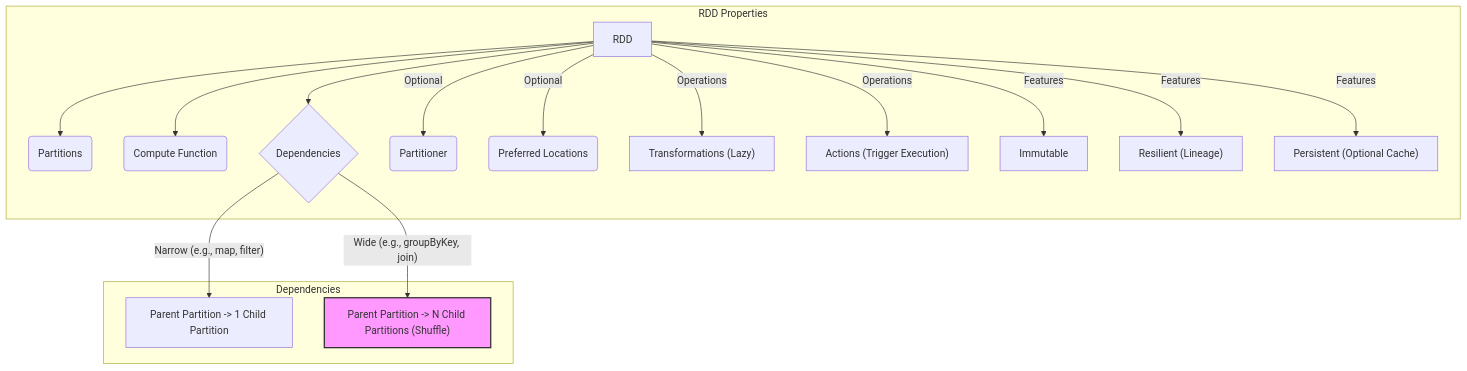
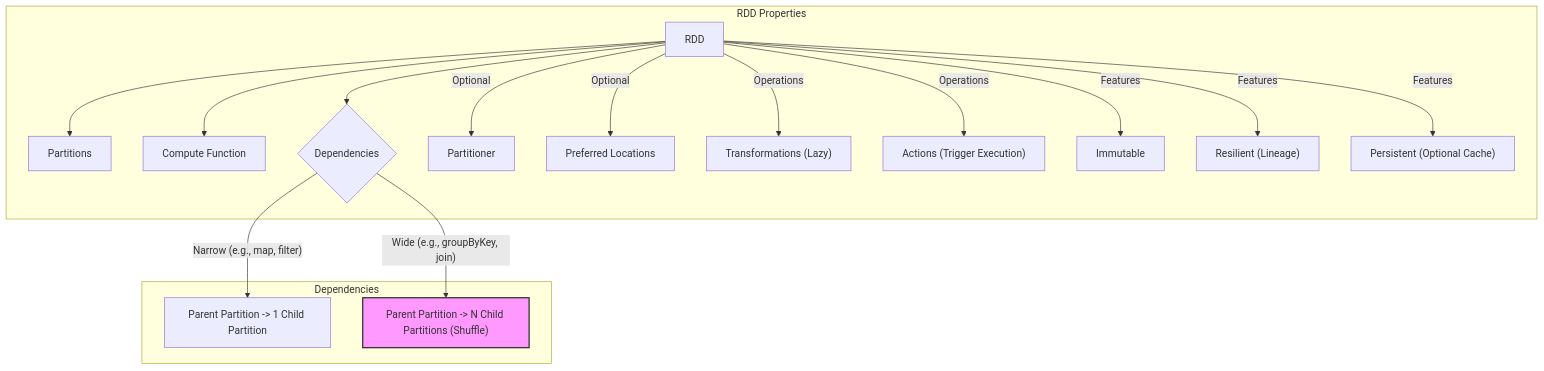
Before and after one commit to gravitys169/pages: the second of 4 diagrams in AI_BOOK/大数据引擎内核：原理、设计与实现/03_Spark_Architecture_Core_Abstractions.md, drawn with Mermaid. The commit also changed other lines of this file and 8 other files, not shown here.

````diff
--- a/AI_BOOK/大数据引擎内核：原理、设计与实现/03_Spark_Architecture_Core_Abstractions.md
+++ b/AI_BOOK/大数据引擎内核：原理、设计与实现/03_Spark_Architecture_Core_Abstractions.md
@@ -131,22 +131,22 @@
 ```mermaid
 graph TD
     subgraph "RDD Properties"
-        A[RDD] --> B("Partitions")
-        A --> C("Compute Function")
-        A --> D{Dependencies}
-        A -- Optional --> E("Partitioner")
-        A -- Optional --> F("Preferred Locations")
-        A -- Operations --> G["Transformations (Lazy)"]
-        A -- Operations --> H["Actions (Trigger Execution)"]
-        A -- Features --> I[Immutable]
-        A -- Features --> J["Resilient (Lineage)"]
-        A -- Features --> K["Persistent (Optional Cache)"]
+        A["RDD"] --> B["Partitions"]
+        A --> C["Compute Function"]
+        A --> D{"Dependencies"}
+        A -- "Optional" --> E["Partitioner"]
+        A -- "Optional" --> F["Preferred Locations"]
+        A -- "Operations" --> G["Transformations (Lazy)"]
+        A -- "Operations" --> H["Actions (Trigger Execution)"]
+        A -- "Features" --> I["Immutable"]
+        A -- "Features" --> J["Resilient (Lineage)"]
+        A -- "Features" --> K["Persistent (Optional Cache)"]
     end
 
     subgraph "Dependencies"
-        D -- "Narrow (e.g., map, filter)" --> D1[Parent Partition -> 1 Child Partition]
+        D -- "Narrow (e.g., map, filter)" --> D1["Parent Partition -> 1 Child Partition"]
         D -- "Wide (e.g., groupByKey, join)" --> D2["Parent Partition -> N Child Partitions (Shuffle)"]
     end
 
     style D2 fill:#f9f,stroke:#333,stroke-width:2px
 ```
````
